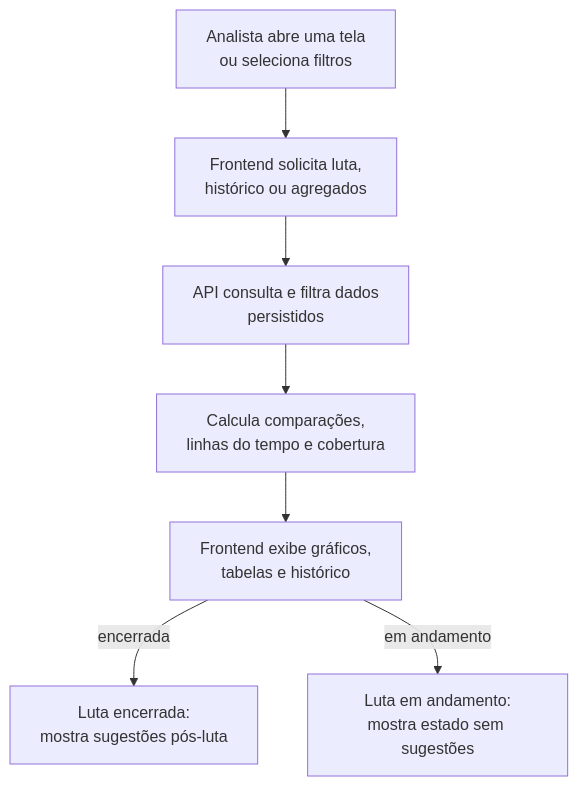
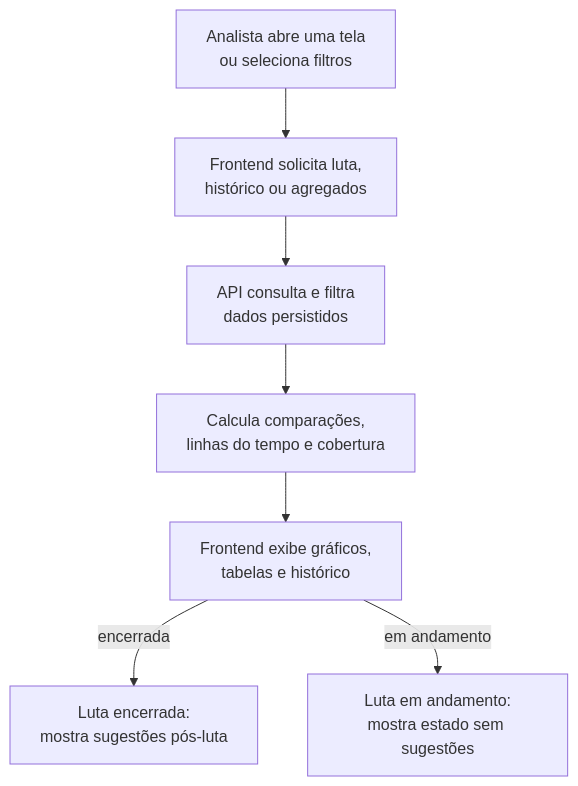
The diagram in docs/diagramas/atividade-03-dashboard.mmd (Olskaana/HitTrack), drawn with Mermaid before and after one commit. The commit also changed 24 other files, not shown here.

```diff
--- a/docs/diagramas/atividade-03-dashboard.mmd
+++ b/docs/diagramas/atividade-03-dashboard.mmd
@@ -1,14 +1,14 @@
 flowchart TB
   open["Analista abre uma tela<br/>ou seleciona filtros"]
   request["Frontend solicita luta,<br/>histórico ou agregados"]
-  query["API consulta e filtra dados<br/>persistidos"]
+  query["API consulta e filtra<br/>dados persistidos"]
   metrics["Calcula comparações,<br/>linhas do tempo e cobertura"]
   render["Frontend exibe gráficos,<br/>tabelas e histórico"]
   closed["Luta encerrada:<br/>mostra sugestões pós-luta"]
   live["Luta em andamento:<br/>mostra estado sem sugestões"]
   open --> request
   request --> query
   query --> metrics
   metrics --> render
   render -->|"encerrada"| closed
   render -->|"em andamento"| live
```
